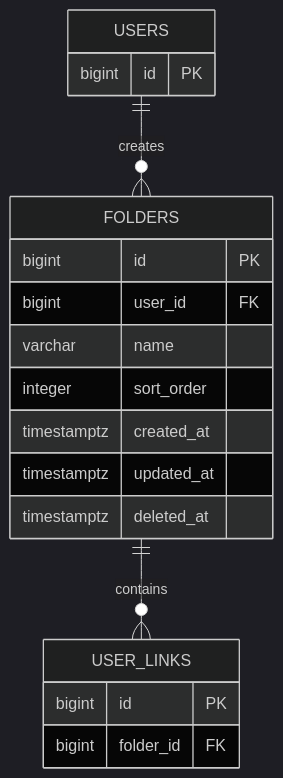
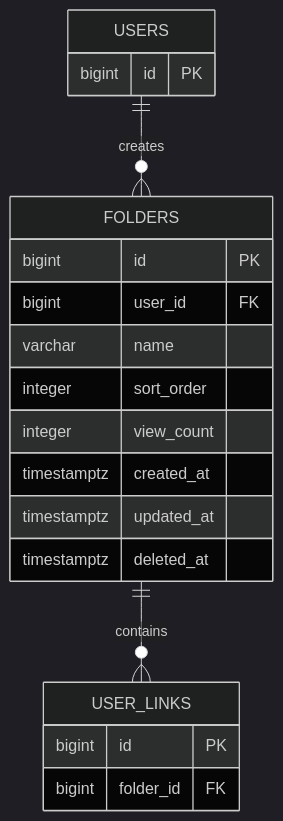
The diagram in docs/database/tables/folders.md (mash-up-kr/Promise.9-Server), drawn with Mermaid (dark theme) before and after one commit. The commit also changed other lines of this file and 17 other files, not shown here.

````diff
--- a/docs/database/tables/folders.md
+++ b/docs/database/tables/folders.md
@@ -7,24 +7,25 @@
 ```mermaid
 erDiagram
   USERS ||--o{ FOLDERS : creates
   FOLDERS ||--o{ USER_LINKS : contains
 
   USERS {
     bigint id PK
   }
 
   FOLDERS {
     bigint id PK
     bigint user_id FK
     varchar name
     integer sort_order
+    integer view_count
     timestamptz created_at
     timestamptz updated_at
     timestamptz deleted_at
   }
 
   USER_LINKS {
     bigint id PK
     bigint folder_id FK
   }
 ```
````
